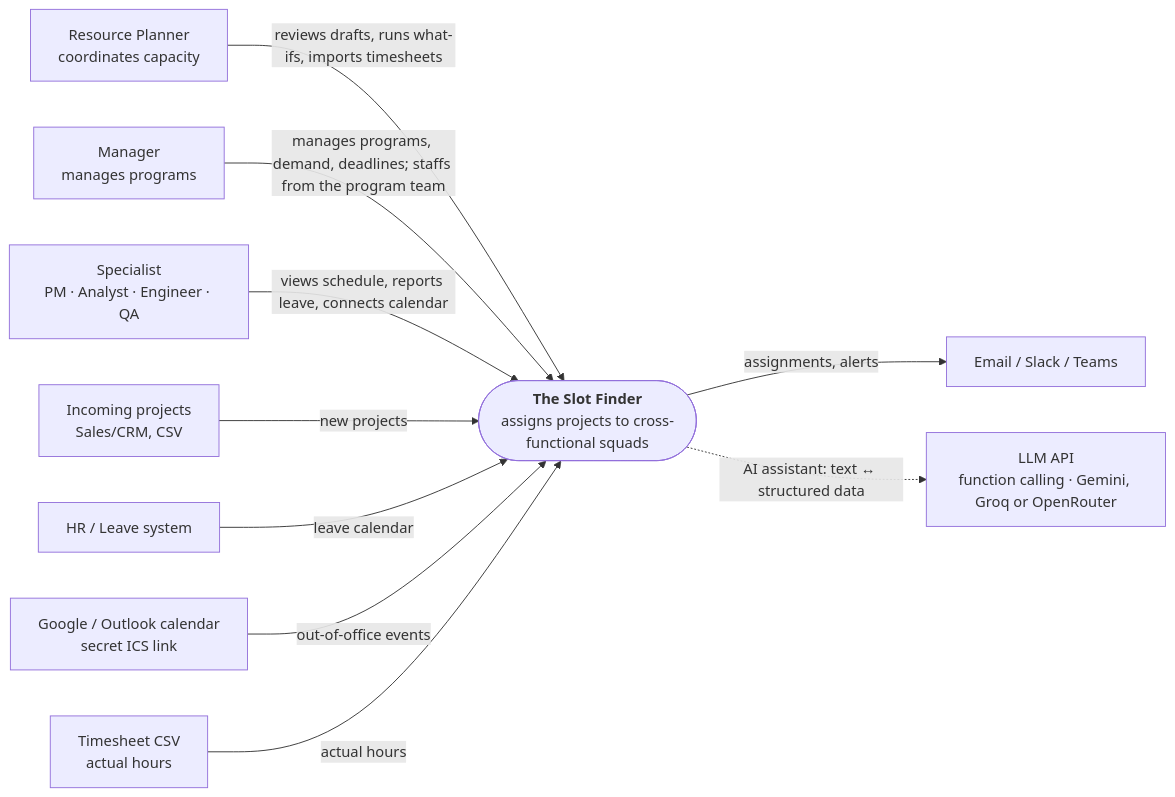
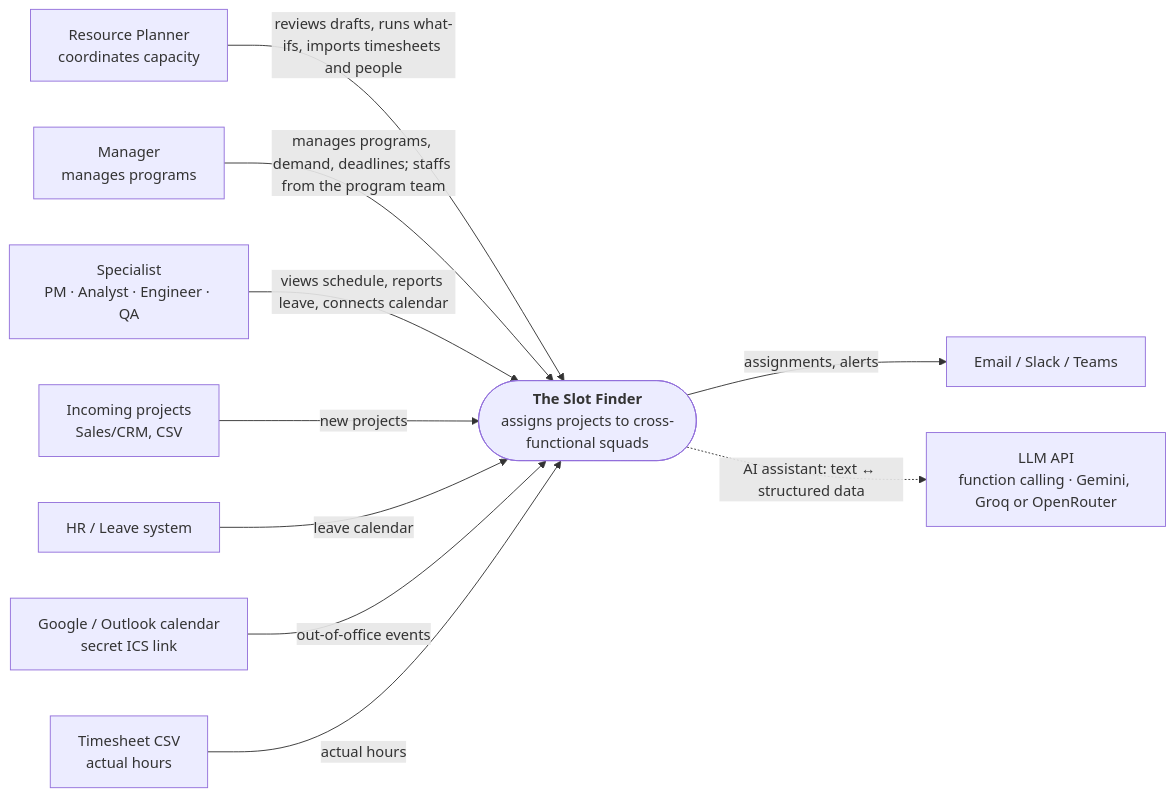
One commit to dophnamm/the-slot-finder changed the first of 14 diagrams in README.md. Above: the diagram before and after it, drawn with Mermaid. The commit also changed other lines of this file and 8 other files, not shown here.

````diff
--- a/README.md
+++ b/README.md
@@ -50,23 +50,23 @@
 ```mermaid
 flowchart LR
   planner["Resource Planner<br/>coordinates capacity"]
   lead["Manager<br/>manages programs"]
   spec["Specialist<br/>PM · Analyst · Engineer · QA"]
   sf(["<b>The Slot Finder</b><br/>assigns projects to cross-functional squads"])
   intake["Incoming projects<br/>Sales/CRM, CSV"]
   hr["HR / Leave system"]
   cal["Google / Outlook calendar<br/>secret ICS link"]
   timesheet["Timesheet CSV<br/>actual hours"]
   notify["Email / Slack / Teams"]
   llm["LLM API<br/>function calling · Gemini, Groq or OpenRouter"]
 
-  planner -->|"reviews drafts, runs what-ifs, imports timesheets"| sf
+  planner -->|"reviews drafts, runs what-ifs, imports timesheets and people"| sf
   lead -->|"manages programs, demand, deadlines; staffs from the program team"| sf
   spec -->|"views schedule, reports leave, connects calendar"| sf
   intake -->|"new projects"| sf
   hr -->|"leave calendar"| sf
   cal -->|"out-of-office events"| sf
   timesheet -->|"actual hours"| sf
   sf -->|"assignments, alerts"| notify
   sf -.->|"AI assistant: text ↔ structured data"| llm
 ```
````
